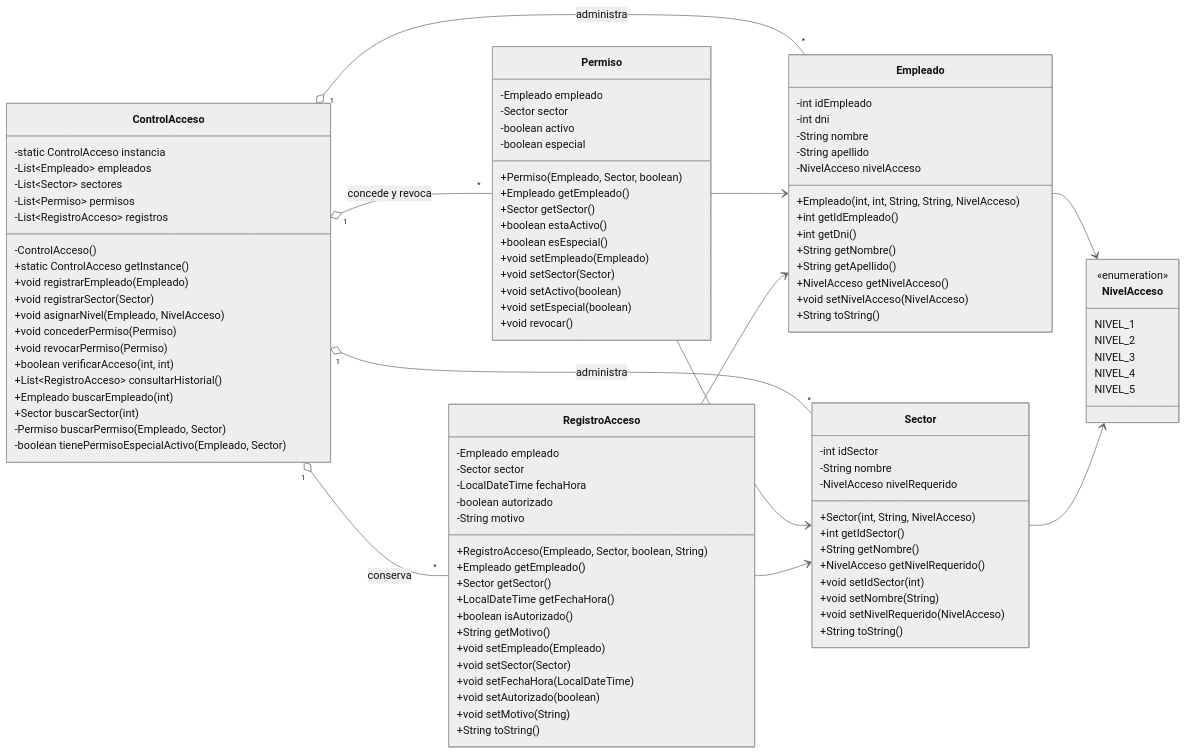
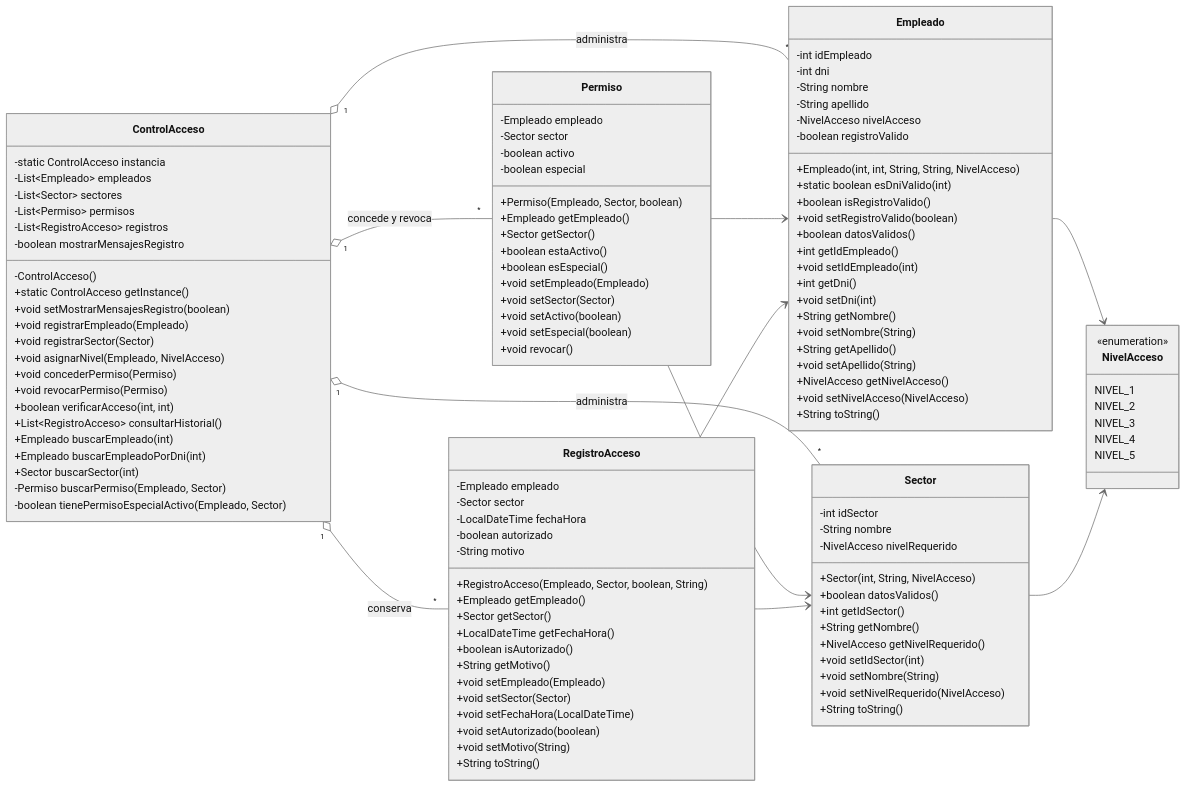
One commit to PatronSingleton-DisenoSoftware/Patron-Singleton-Software-EGI changed the first of 2 diagrams in docs/informe/04-diseno.md. Above: the diagram before and after it, drawn with Mermaid (neutral theme). The commit also changed other lines of this file and 14 other files, not shown here.

```diff
--- a/docs/informe/04-diseno.md
+++ b/docs/informe/04-diseno.md
@@ -245,8 +268,10 @@
         -List~Sector~ sectores
         -List~Permiso~ permisos
         -List~RegistroAcceso~ registros
+        -boolean mostrarMensajesRegistro
         -ControlAcceso()
         +static ControlAcceso getInstance()
+        +void setMostrarMensajesRegistro(boolean)
         +void registrarEmpleado(Empleado)
         +void registrarSector(Sector)
         +void asignarNivel(Empleado, NivelAcceso)
@@ -255,6 +280,7 @@
         +boolean verificarAcceso(int, int)
         +List~RegistroAcceso~ consultarHistorial()
         +Empleado buscarEmpleado(int)
+        +Empleado buscarEmpleadoPorDni(int)
         +Sector buscarSector(int)
         -Permiso buscarPermiso(Empleado, Sector)
         -boolean tienePermisoEspecialActivo(Empleado, Sector)
@@ -266,11 +292,20 @@
         -String nombre
         -String apellido
         -NivelAcceso nivelAcceso
+        -boolean registroValido
         +Empleado(int, int, String, String, NivelAcceso)
+        +static boolean esDniValido(int)
+        +boolean isRegistroValido()
+        +void setRegistroValido(boolean)
+        +boolean datosValidos()
         +int getIdEmpleado()
+        +void setIdEmpleado(int)
         +int getDni()
+        +void setDni(int)
         +String getNombre()
+        +void setNombre(String)
         +String getApellido()
+        +void setApellido(String)
         +NivelAcceso getNivelAcceso()
         +void setNivelAcceso(NivelAcceso)
         +String toString()
@@ -281,6 +316,7 @@
         -String nombre
         -NivelAcceso nivelRequerido
         +Sector(int, String, NivelAcceso)
+        +boolean datosValidos()
         +int getIdSector()
         +String getNombre()
         +NivelAcceso getNivelRequerido()
```
